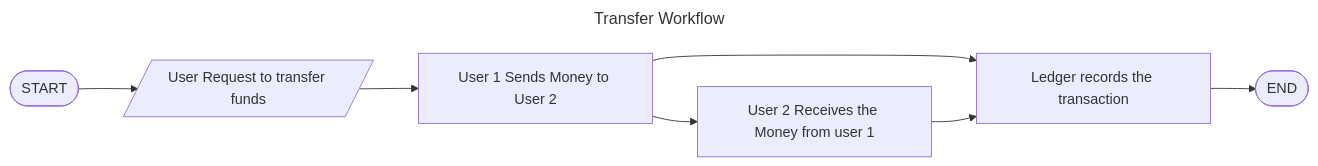
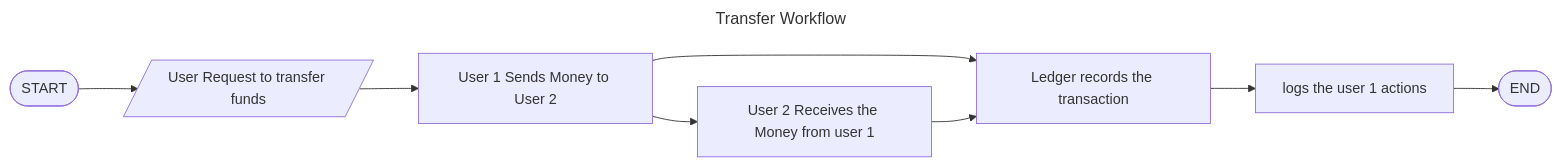
Before and after one commit to Jherson-Aguto/BankingSystem: the diagram in docs/Flowchart/transfer.md, drawn with Mermaid. The commit also changed 2 other files, not shown here.

Commit message:
updated flowchart

````diff
--- a/docs/Flowchart/transfer.md
+++ b/docs/Flowchart/transfer.md
@@ -1,14 +1,15 @@
 ```mermaid
 ---
 title: Transfer Workflow
 ---
 flowchart LR
 
     A([START]) --> B[/User Request to transfer funds/]
     B --> C[User 1 Sends Money to User 2]
     C --> D[User 2 Receives the Money from user 1]
     C --> E[Ledger records the transaction]
     D --> E
-    E --> F([END])
+    E --> F[logs the user 1 actions]
+    F --> G([END])
 
 ```
````
